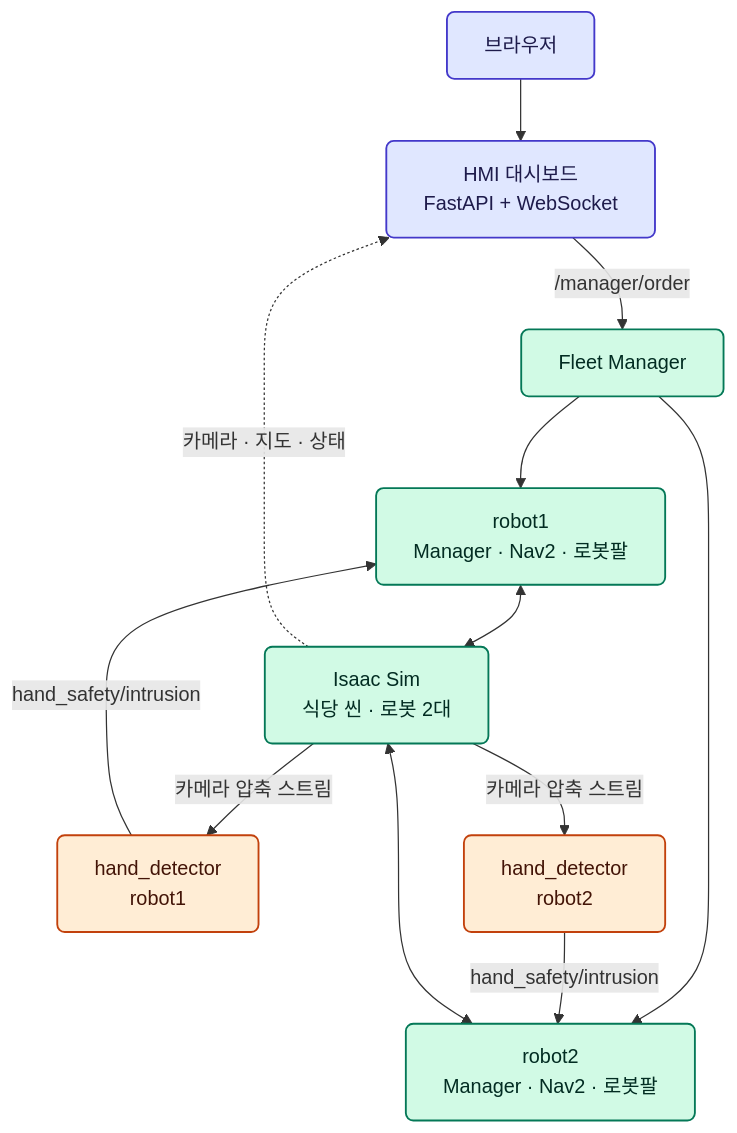
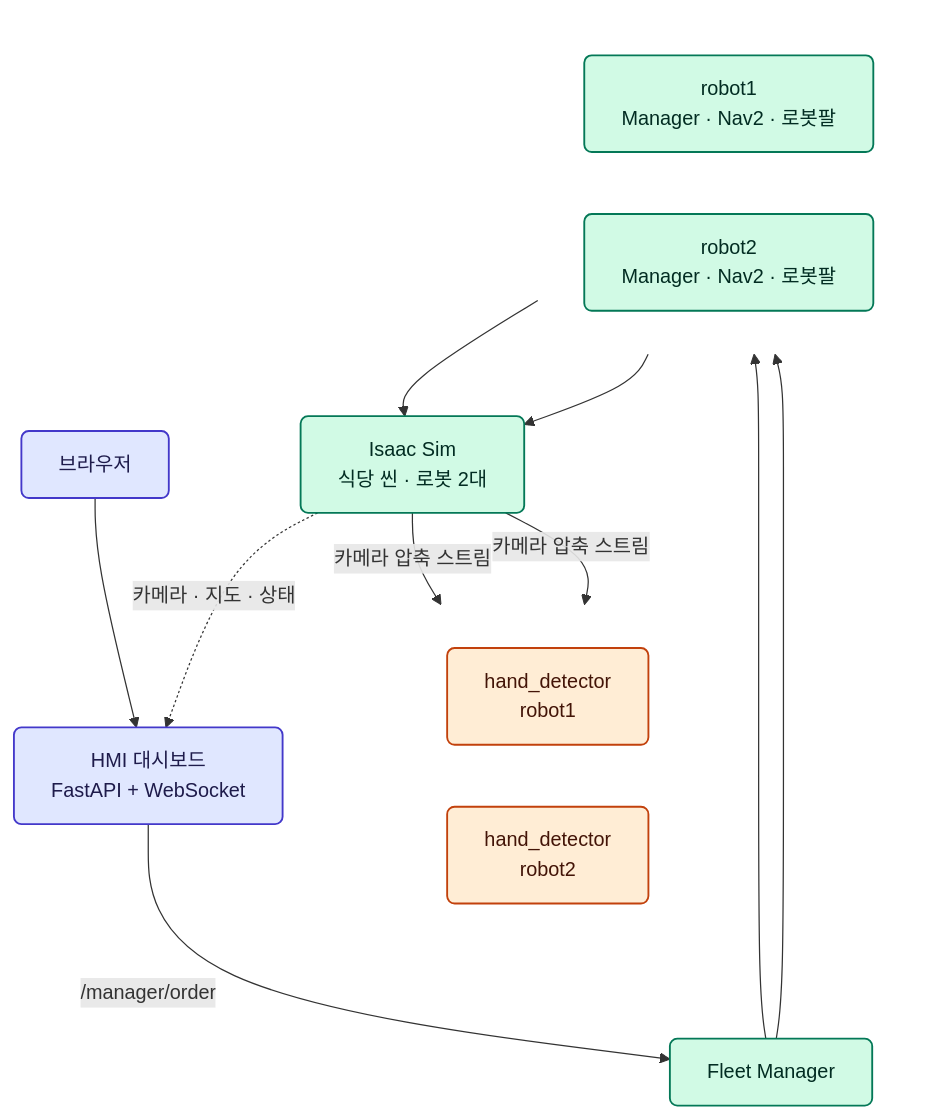
The first of 2 diagrams in README.md (2028jun/Rokey_Co3_A1), drawn with Mermaid before and after one commit. The commit also changed other lines of this file, not shown here.

Commit message:
docs: fix robot1/robot2 misalignment in architecture diagram
The hand_safety intrusion feedback edges (Y1->M1, Y2->M2) created two
per-robot cycles through the shared Isaac Sim node; mermaid's dagre
layout broke each cycle differently, pushing robot2 far below robot1.
Drop those feedback edges from the diagram (described in the caption
instead) and group robot1/robot2 and the two hand_detector nodes into
border-less subgraphs so they render on the same row.

````diff
--- a/README.md
+++ b/README.md
@@ -41,21 +41,36 @@
 ```mermaid
 flowchart TB
     Browser["브라우저"] --> HMI["HMI 대시보드\nFastAPI + WebSocket"]
     HMI -->|"/manager/order"| Fleet["Fleet Manager"]
-    Fleet --> M1["robot1\nManager · Nav2 · 로봇팔"]
-    Fleet --> M2["robot2\nManager · Nav2 · 로봇팔"]
-    M1 <--> Isaac["Isaac Sim\n식당 씬 · 로봇 2대"]
-    M2 <--> Isaac
-    Isaac -->|"카메라 압축 스트림"| Y1["hand_detector\nrobot1"]
-    Isaac -->|"카메라 압축 스트림"| Y2["hand_detector\nrobot2"]
-    Y1 -->|"hand_safety/intrusion"| M1
-    Y2 -->|"hand_safety/intrusion"| M2
+
+    subgraph Robots [ ]
+        direction LR
+        M1["robot1\nManager · Nav2 · 로봇팔"]
+        M2["robot2\nManager · Nav2 · 로봇팔"]
+    end
+    style Robots fill:none,stroke:none
+
+    Fleet --> M1
+    Fleet --> M2
+
+    M1 --> Isaac["Isaac Sim\n식당 씬 · 로봇 2대"]
+    M2 --> Isaac
+
+    subgraph Detectors [ ]
+        direction LR
+        Y1["hand_detector\nrobot1"]
+        Y2["hand_detector\nrobot2"]
+    end
+    style Detectors fill:none,stroke:none
+
+    Isaac -->|"카메라 압축 스트림"| Y1
+    Isaac -->|"카메라 압축 스트림"| Y2
     Isaac -.->|"카메라 · 지도 · 상태"| HMI
 
     classDef web fill:#e0e7ff,stroke:#4338ca,color:#1e1b4b,stroke-width:1.5px,rx:6,ry:6;
     classDef main fill:#d1fae5,stroke:#047857,color:#022c22,stroke-width:1.5px,rx:6,ry:6;
     classDef yolo fill:#ffedd5,stroke:#c2410c,color:#431407,stroke-width:1.5px,rx:6,ry:6;
     class Browser,HMI web
     class Fleet,M1,M2,Isaac main
     class Y1,Y2 yolo
 ```
````
